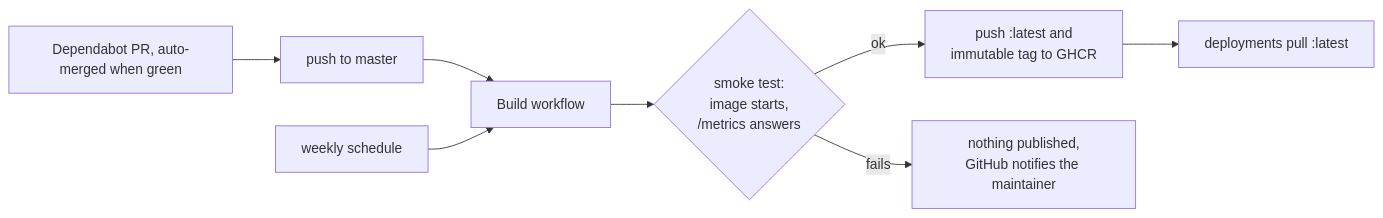
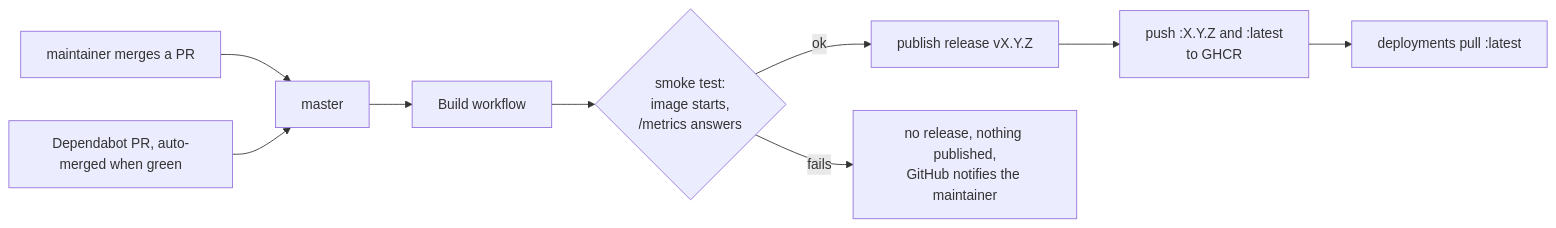
Before and after one commit to motwok/DirAdvisor: the diagram in RELEASING.md, drawn with Mermaid. The commit also changed other lines of this file and 3 other files, not shown here.

````diff
--- a/RELEASING.md
+++ b/RELEASING.md
@@ -16,10 +18,11 @@
 ```mermaid
 flowchart LR
-  P[push to master] --> B[Build workflow]
-  W[weekly schedule] --> B
-  D[Dependabot PR, auto-merged when green] --> P
+  O[maintainer merges a PR] --> M[master]
+  D[Dependabot PR, auto-merged when green] --> M
+  M --> B[Build workflow]
   B --> T{smoke test:<br/>image starts,<br/>/metrics answers}
-  T -- ok --> G["push :latest and<br/>immutable tag to GHCR"]
-  T -- fails --> N[nothing published,<br/>GitHub notifies the maintainer]
-  G --> R[deployments pull :latest]
+  T -- ok --> R[publish release vX.Y.Z]
+  R --> G["push :X.Y.Z and :latest<br/>to GHCR"]
+  T -- fails --> N[no release, nothing published,<br/>GitHub notifies the maintainer]
+  G --> P[deployments pull :latest]
 ```
````
